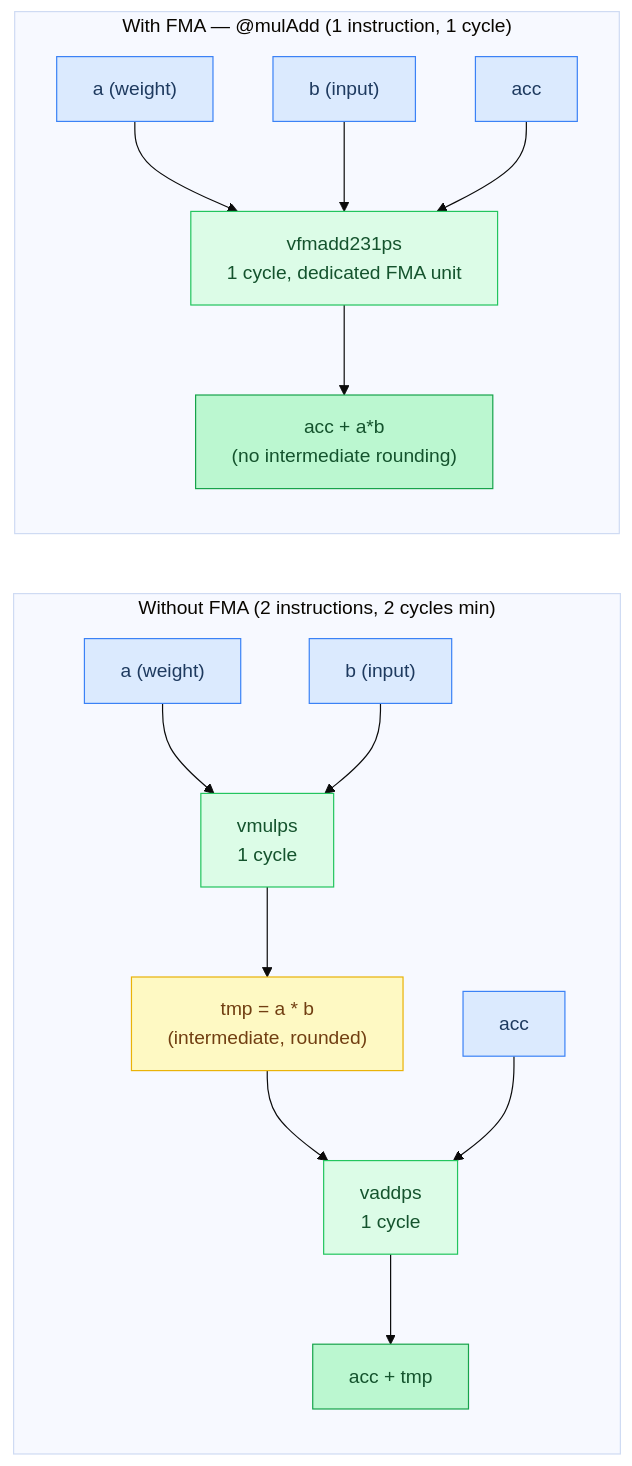
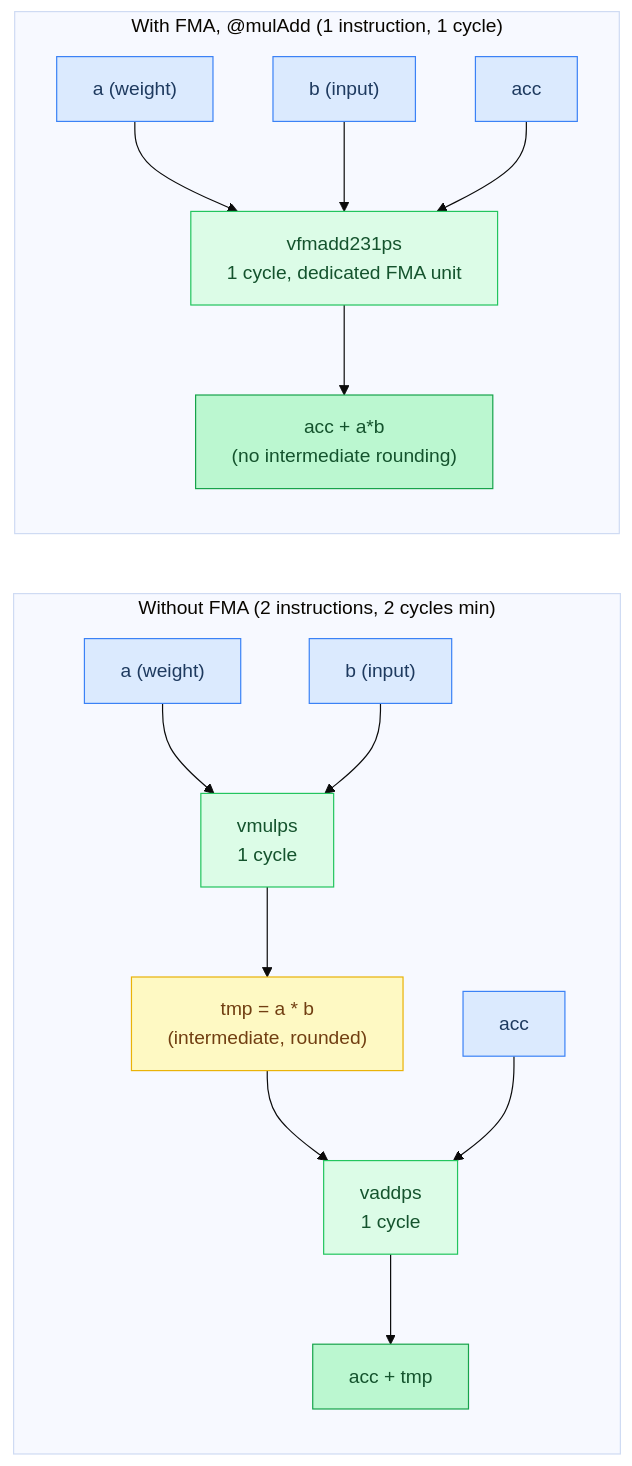
Before and after one commit to maci0/agave: the fourth of 9 diagrams in docs/tutorial/09-cpu-simd-optimization.md, drawn with Mermaid (base theme). The commit also changed other lines of this file and 196 other files, not shown here.

````diff
--- a/docs/tutorial/09-cpu-simd-optimization.md
+++ b/docs/tutorial/09-cpu-simd-optimization.md
@@ -171,39 +171,39 @@
 ```mermaid
 flowchart LR
     classDef setup     fill:#dbeafe,stroke:#3b82f6,color:#1e3a5f
     classDef sync      fill:#dcfce7,stroke:#22c55e,color:#14532d
     classDef migration fill:#fef9c3,stroke:#eab308,color:#713f12
     classDef success   fill:#bbf7d0,stroke:#16a34a,color:#14532d
     classDef danger    fill:#fee2e2,stroke:#ef4444,color:#7f1d1d
     classDef optional  fill:#f3e8ff,stroke:#9333ea,color:#581c87
 
     subgraph Unfused["Without FMA (2 instructions, 2 cycles min)"]
         direction TB
         u_a["a (weight)"]:::setup
         u_b["b (input)"]:::setup
         u_acc["acc"]:::setup
         mul["vmulps\n1 cycle"]:::sync
         tmp["tmp = a * b\n(intermediate, rounded)"]:::migration
         add["vaddps\n1 cycle"]:::sync
         u_out["acc + tmp"]:::success
         u_a --> mul
         u_b --> mul
         mul --> tmp
         tmp --> add
         u_acc --> add
         add --> u_out
     end
 
-    subgraph Fused["With FMA — @mulAdd (1 instruction, 1 cycle)"]
+    subgraph Fused["With FMA, @mulAdd (1 instruction, 1 cycle)"]
         direction TB
         f_a["a (weight)"]:::setup
         f_b["b (input)"]:::setup
         f_acc["acc"]:::setup
         fma["vfmadd231ps\n1 cycle, dedicated FMA unit"]:::sync
         f_out["acc + a*b\n(no intermediate rounding)"]:::success
         f_a --> fma
         f_b --> fma
         f_acc --> fma
         fma --> f_out
     end
 ```
````
